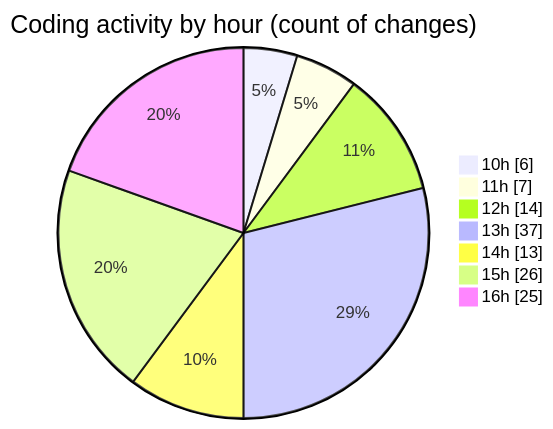
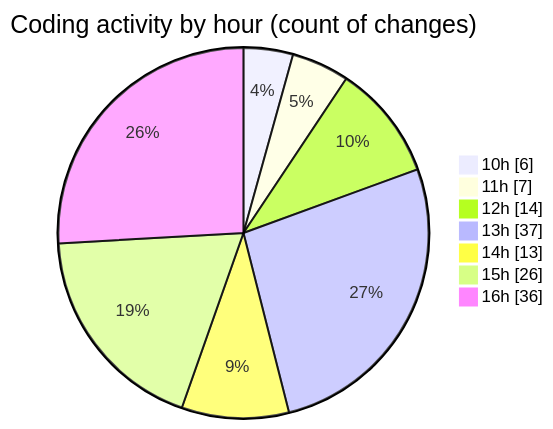
One commit to momahboobian/code-tracking changed the second of 2 diagrams in 2025-06-23/cda/README.md. Above: the diagram before and after it, drawn with Mermaid. The commit also changed other lines of this file and 1 other file, not shown here.

````diff
--- a/2025-06-23/cda/README.md
+++ b/2025-06-23/cda/README.md
@@ -50,11 +50,11 @@
 ```mermaid
 pie showData
 title Coding activity by hour (count of changes)
 "10h" : 6
 "11h" : 7
 "12h" : 14
 "13h" : 37
 "14h" : 13
 "15h" : 26
-"16h" : 25
+"16h" : 36
 ```
````
